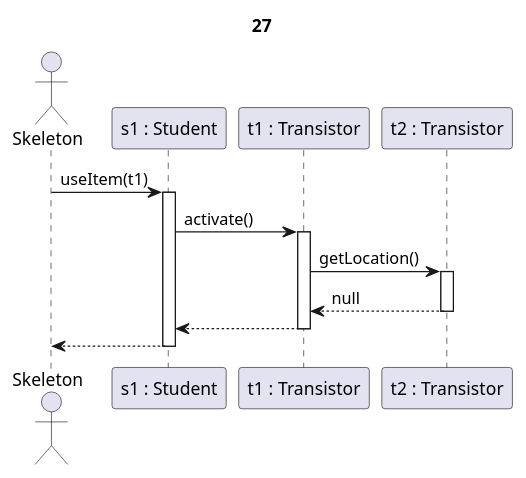
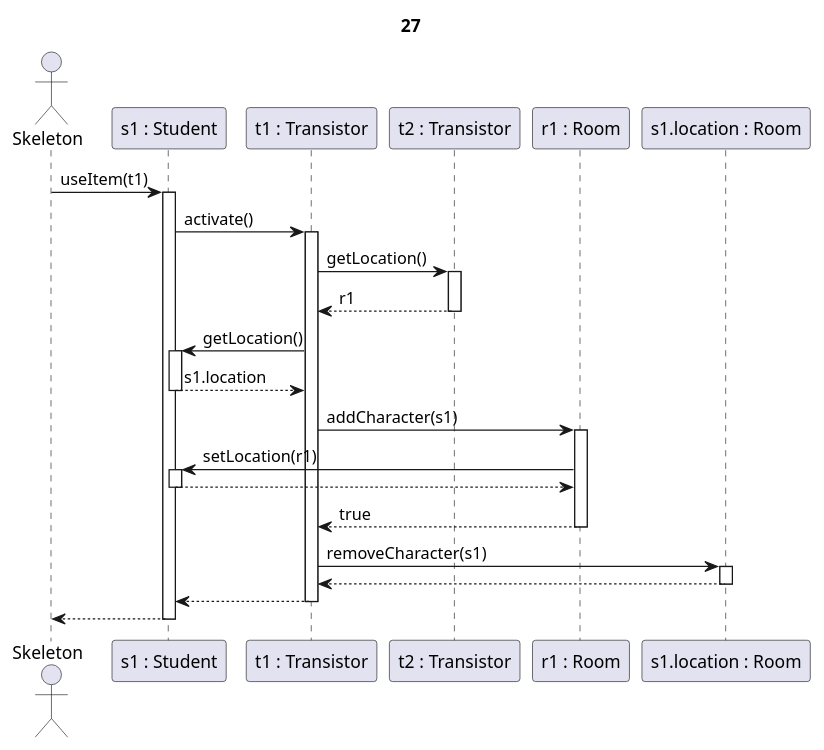
One commit to kipolaris/skyrimscriptsuttogok changed the diagram in partII_sequence diagrams/27.puml. Above: the diagram before and after it, drawn with PlantUML. The commit also changed 110 other files, not shown here.

Commit message:
finalize partII sequence diagrams

```diff
--- a/partII_sequence diagrams/27.puml
+++ b/partII_sequence diagrams/27.puml
@@ -1,21 +1,40 @@
-@startuml transistor can't use
+@startuml transistor use
 
 title 27
 
 actor Skeleton as sk
 participant "s1 : Student" as s
 participant "t1 : Transistor" as t1
 participant "t2 : Transistor" as t2
+participant "r1 : Room" as r
+participant "s1.location : Room" as r2
 
 sk -> s ++: useItem(t1)
 
 s->t1 ++: activate()
 
 t1 -> t2 ++: getLocation()
-t2 --> t1 --: null
+t2 --> t1 --: r1
 
-t1 --> s --:
+t1 -> s ++: getLocation()
+s --> t1 --: s1.location
+
+t1 -> r ++: addCharacter(s1)
+
+r->s ++: setLocation(r1)
+s-->r --:
+
+r-->t1 --: true
+
+t1 -> r2 ++: removeCharacter(s1)
+r2 --> t1 --:
+
+'és akkor ide kéne még a gázos szoba lefutás, vagy kérdésként, vagy külön use-case-ben...'
+
+
+
+t1 --> s --: 
 
 s-->sk --:
 
 @enduml
```
